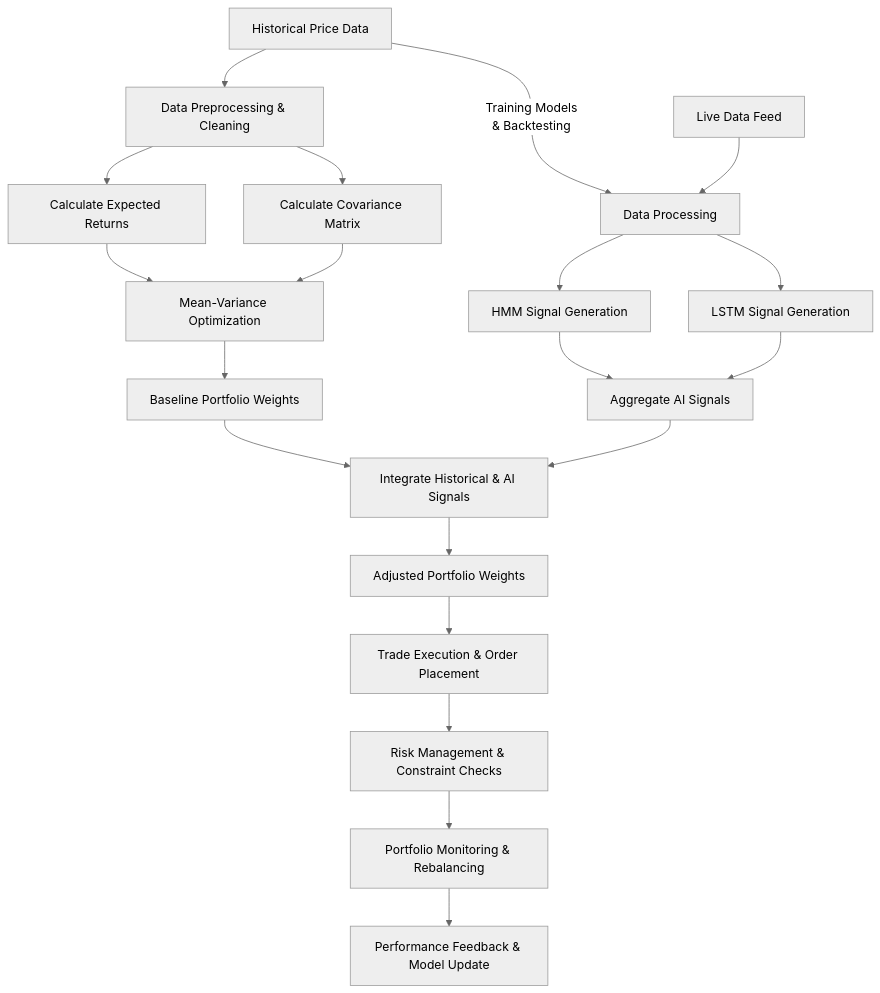
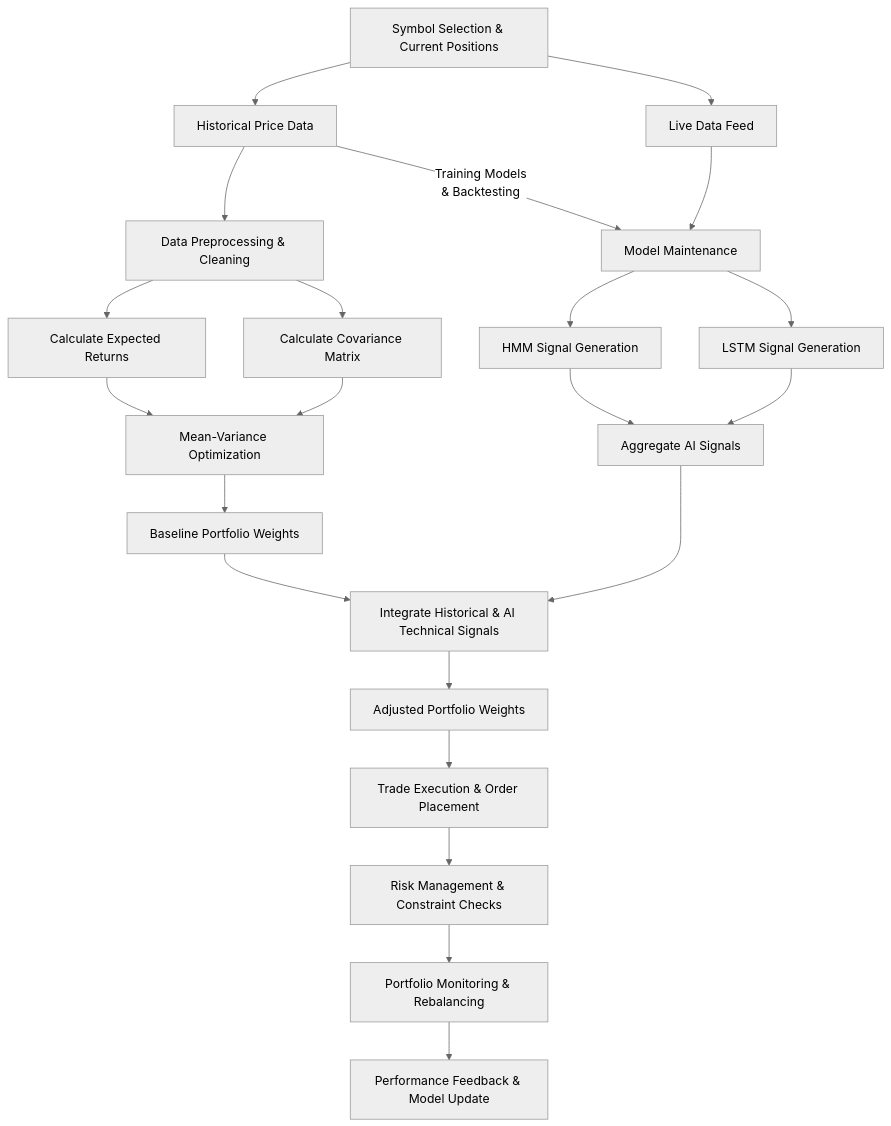
The third of 4 diagrams in README.md (rcosta-git/CandleSage), drawn with Mermaid (neutral theme) before and after one commit. The commit also changed other lines of this file, not shown here.

````diff
--- a/README.md
+++ b/README.md
@@ -102,51 +116,56 @@
 ```mermaid
 flowchart TD
+    %% Symbol Selection Branch
+    S[Symbol Selection & Current Positions]
+
     %% Historical Data Branch
     A[Historical Price Data]
     B[Data Preprocessing & Cleaning]
     C[Calculate Expected Returns]
     D[Calculate Covariance Matrix]
     E[Mean-Variance Optimization]
     F[Baseline Portfolio Weights]
 
     %% Real-Time AI Signals Branch
     G[Live Data Feed]
-    H[Data Processing]
+    H[Model Maintenance]
     I[HMM Signal Generation]
     J[LSTM Signal Generation]
     K[Aggregate AI Signals]
 
     %% Integration
-    L[Integrate Historical & AI Signals]
+    L[Integrate Historical & AI Technical Signals]
     M[Adjusted Portfolio Weights]
 
     %% Trade Execution & Monitoring
     N[Trade Execution & Order Placement]
     O[Risk Management & Constraint Checks]
     P[Portfolio Monitoring & Rebalancing]
     Q[Performance Feedback & Model Update]
 
     %% Flow Connections
+    S --> A
     A --> B
     B --> C
     B --> D
     C --> E
     D --> E
     E --> F
 
+    S --> G
     A -- "Training Models<br>& Backtesting" --> H
     G --> H
     H --> I
     H --> J
     I --> K
     J --> K
 
     F --> L
     K --> L
     L --> M
 
     M --> N
     N --> O
     O --> P
     P --> Q
 ```
````
